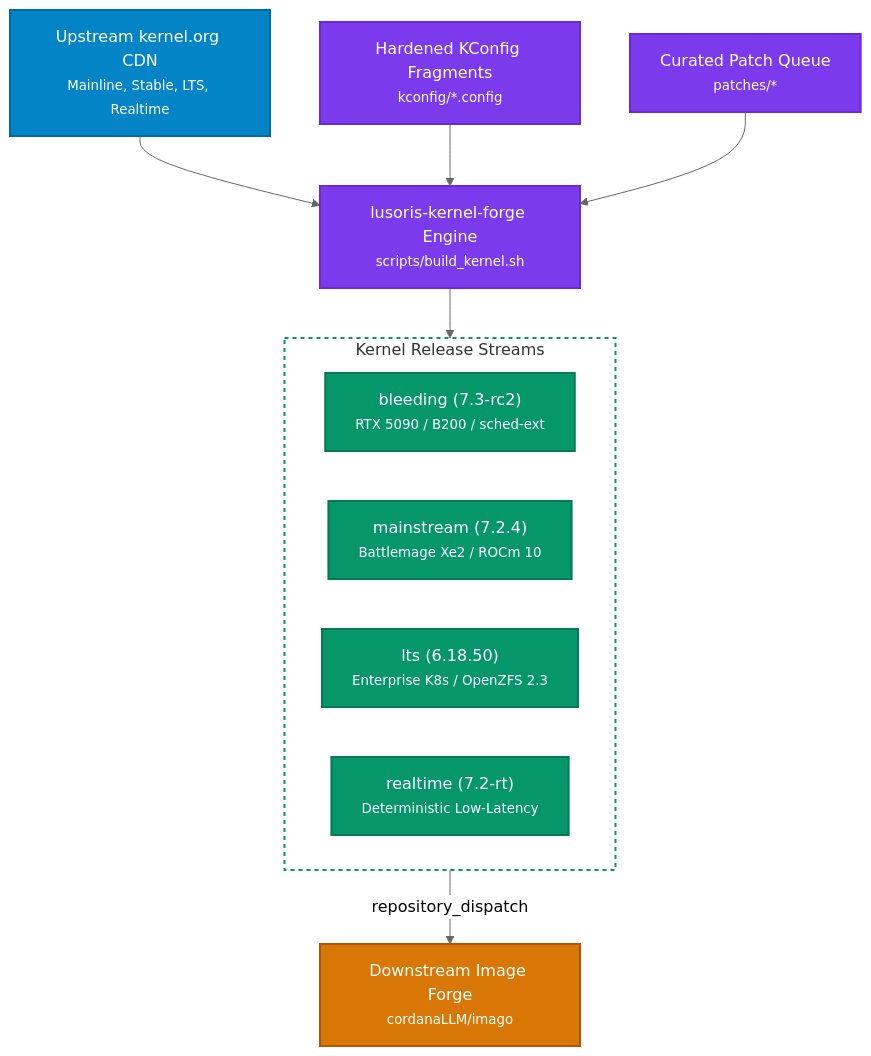
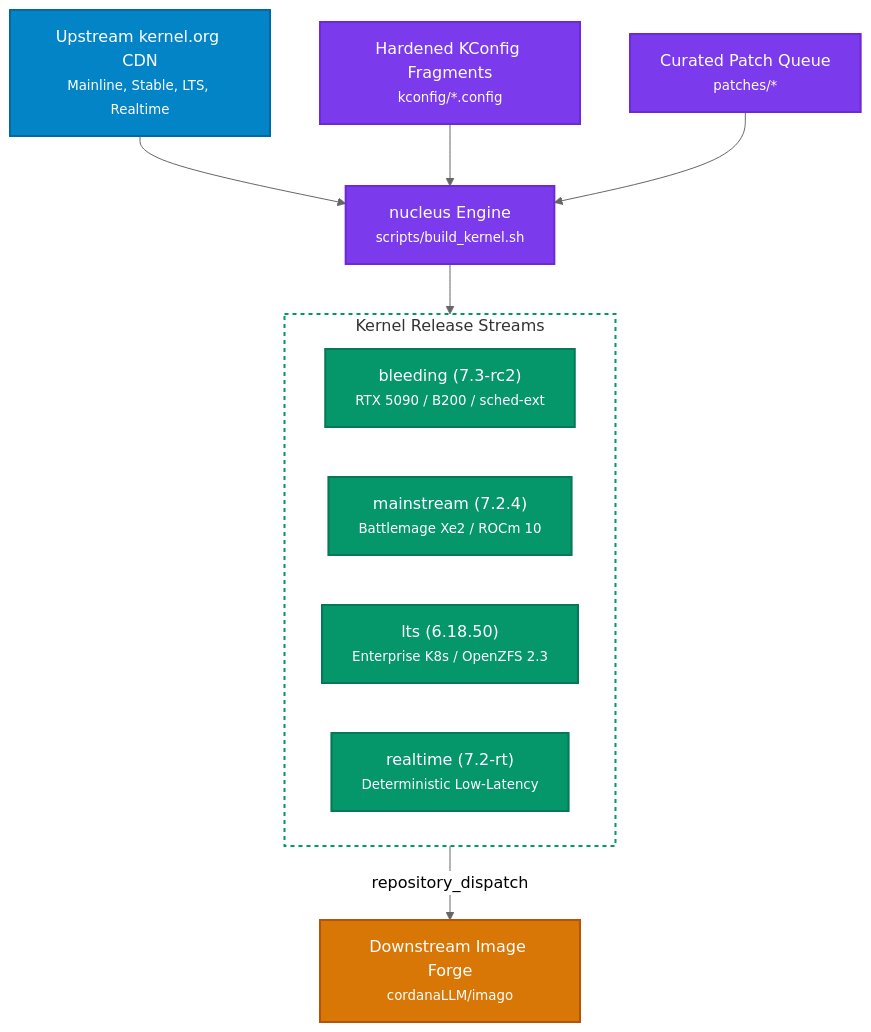
One commit to cordanaLLM/nucleus changed the diagram in README.md. Above: the diagram before and after it, drawn with Mermaid (neutral theme). The commit also changed other lines of this file and 57 other files, not shown here.

````diff
--- a/README.md
+++ b/README.md
@@ -19,29 +19,29 @@
 ```mermaid
 flowchart TD
     classDef upstream fill:#0284c7,stroke:#0369a1,stroke-width:2px,color:#ffffff
     classDef engine fill:#7c3aed,stroke:#6d28d9,stroke-width:2px,color:#ffffff
     classDef stream fill:#059669,stroke:#047857,stroke-width:2px,color:#ffffff
     classDef dest fill:#d97706,stroke:#b45309,stroke-width:2px,color:#ffffff
 
     Upstream["Upstream kernel.org CDN<br/><small>Mainline, Stable, LTS, Realtime</small>"]:::upstream
-    Forge["lusoris-kernel-forge Engine<br/><small>scripts/build_kernel.sh</small>"]:::engine
+    Forge["nucleus Engine<br/><small>scripts/build_kernel.sh</small>"]:::engine
     KConfig["Hardened KConfig Fragments<br/><small>kconfig/*.config</small>"]:::engine
     Patches["Curated Patch Queue<br/><small>patches/*</small>"]:::engine
 
     subgraph Streams["Kernel Release Streams"]
         Bleeding["bleeding (7.3-rc2)<br/><small>RTX 5090 / B200 / sched-ext</small>"]:::stream
         Mainstream["mainstream (7.2.4)<br/><small>Battlemage Xe2 / ROCm 10</small>"]:::stream
         LTS["lts (6.18.50)<br/><small>Enterprise K8s / OpenZFS 2.3</small>"]:::stream
         RT["realtime (7.2-rt)<br/><small>Deterministic Low-Latency</small>"]:::stream
     end
 
     Downstream["Downstream Image Forge<br/><small>cordanaLLM/imago</small>"]:::dest
 
     Upstream --> Forge
     KConfig --> Forge
     Patches --> Forge
     Forge --> Streams
     Streams -->|"repository_dispatch"| Downstream
 
     style Streams fill:none,stroke:#059669,stroke-width:2px,stroke-dasharray: 4 4
 ```
````
